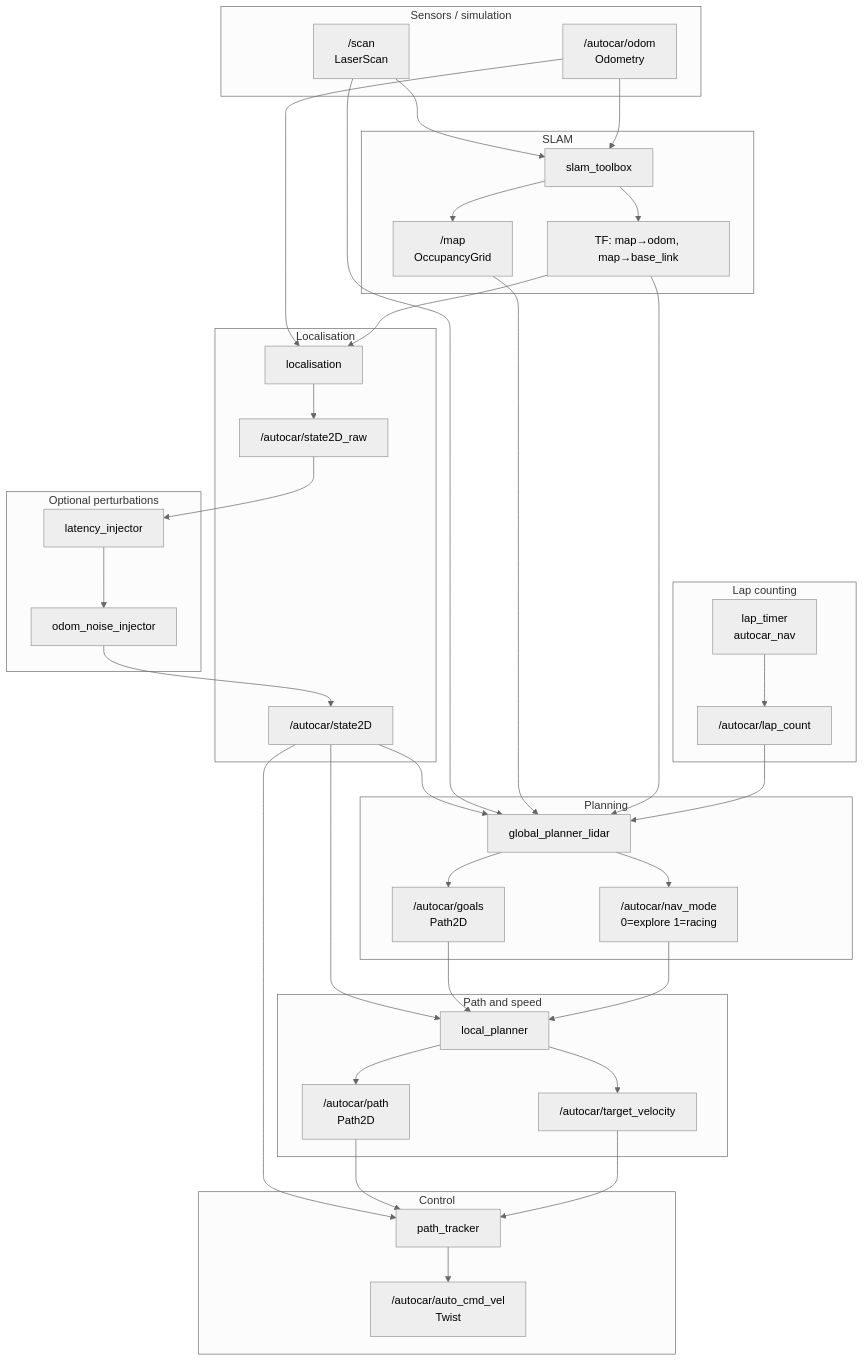
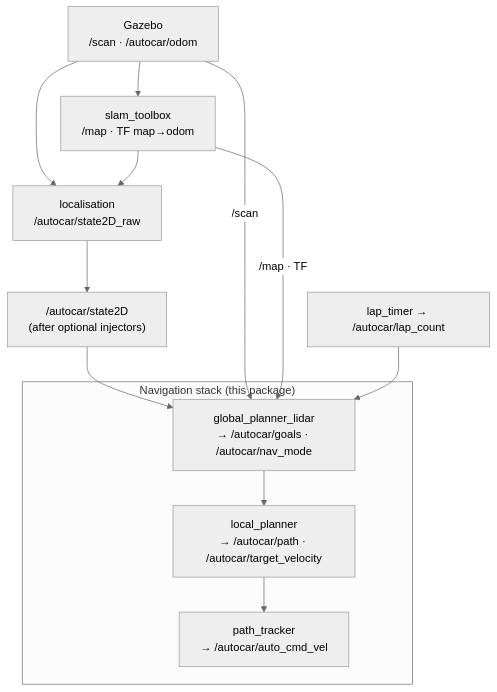
One commit to mlatoundji/High-speed-autonomous-racing-SONIC-ROS2 changed the diagram in src/AutoCarROS2/autocar_nav_pure_pursuit_lidar/README.md. Above: the diagram before and after it, drawn with Mermaid (neutral theme). The commit also changed other lines of this file and 3 other files, not shown here.

Commit message:
Update nav pp lidar

````diff
--- a/src/AutoCarROS2/autocar_nav_pure_pursuit_lidar/README.md
+++ b/src/AutoCarROS2/autocar_nav_pure_pursuit_lidar/README.md
@@ -18,72 +22,26 @@
 ```mermaid
 flowchart TB
-    subgraph sensors [Sensors / simulation]
-        SCAN["/scan<br/>LaserScan"]
-        ODOM["/autocar/odom<br/>Odometry"]
+    GZ["Gazebo<br/>/scan · /autocar/odom"]
+
+    ST["slam_toolbox<br/>/map · TF map→odom"]
+    LOC["localisation<br/>/autocar/state2D_raw"]
+    S2D["/autocar/state2D<br/>(after optional injectors)"]
+
+    subgraph stack ["Navigation stack (this package)"]
+        GPL["global_planner_lidar<br/>→ /autocar/goals · /autocar/nav_mode"]
+        LP["local_planner<br/>→ /autocar/path · /autocar/target_velocity"]
+        TRK["path_tracker<br/>→ /autocar/auto_cmd_vel"]
+        GPL --> LP --> TRK
     end
 
-    subgraph slam [SLAM]
-        ST["slam_toolbox"]
-        MAP["/map<br/>OccupancyGrid"]
-        TF["TF: map→odom, map→base_link"]
-        ST --> MAP
-        ST --> TF
-        SCAN --> ST
-        ODOM --> ST
-    end
+    LAP["lap_timer → /autocar/lap_count"]
 
-    subgraph pose [Localisation]
-        LOC["localisation"]
-        ST2D_RAW["/autocar/state2D_raw"]
-        ST2D["/autocar/state2D"]
-        LOC --> ST2D_RAW
-    end
-
-    subgraph inject [Optional perturbations]
-        LAT["latency_injector"]
-        NOISE["odom_noise_injector"]
-    end
-
-    subgraph plan [Planning]
-        GPL["global_planner_lidar"]
-        GOALS["/autocar/goals<br/>Path2D"]
-        MODE["/autocar/nav_mode<br/>0=explore 1=racing"]
-        GPL --> GOALS
-        GPL --> MODE
-    end
-
-    subgraph path [Path and speed]
-        LP["local_planner"]
-        PATH["/autocar/path<br/>Path2D"]
-        TVEL["/autocar/target_velocity"]
-        LP --> PATH
-        LP --> TVEL
-    end
-
-    subgraph ctrl [Control]
-        TRK["path_tracker"]
-        CMD["/autocar/auto_cmd_vel<br/>Twist"]
-        TRK --> CMD
-    end
-
-    subgraph meta [Lap counting]
-        LAP["lap_timer<br/>autocar_nav"]
-        LAPCOUNT["/autocar/lap_count"]
-        LAP --> LAPCOUNT
-    end
-
-    ODOM --> LOC
-    TF --> LOC
-    ST2D_RAW --> LAT --> NOISE --> ST2D
-    ST2D --> GPL
-    ST2D --> LP
-    ST2D --> TRK
-    SCAN --> GPL
-    MAP --> GPL
-    TF --> GPL
-    LAPCOUNT --> GPL
-    GOALS --> LP
-    MODE --> LP
-    PATH --> TRK
-    TVEL --> TRK
+    GZ --> ST
+    GZ --> LOC
+    ST --> LOC
+    LOC --> S2D
+    S2D --> GPL
+    GZ -->|/scan| GPL
+    ST -->|/map · TF| GPL
+    LAP --> GPL
 ```
````
